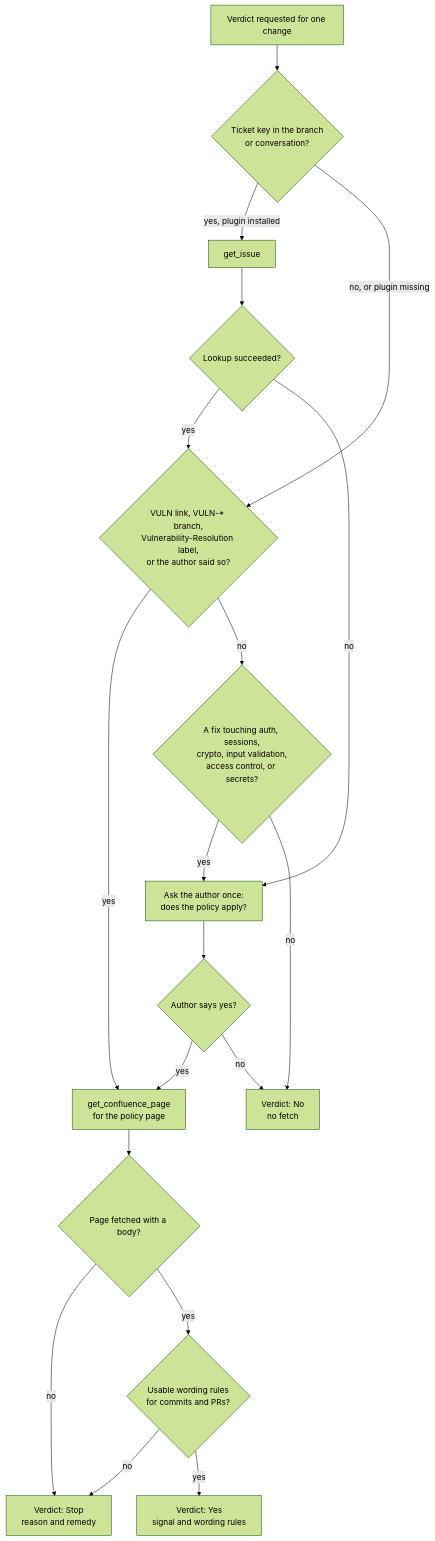
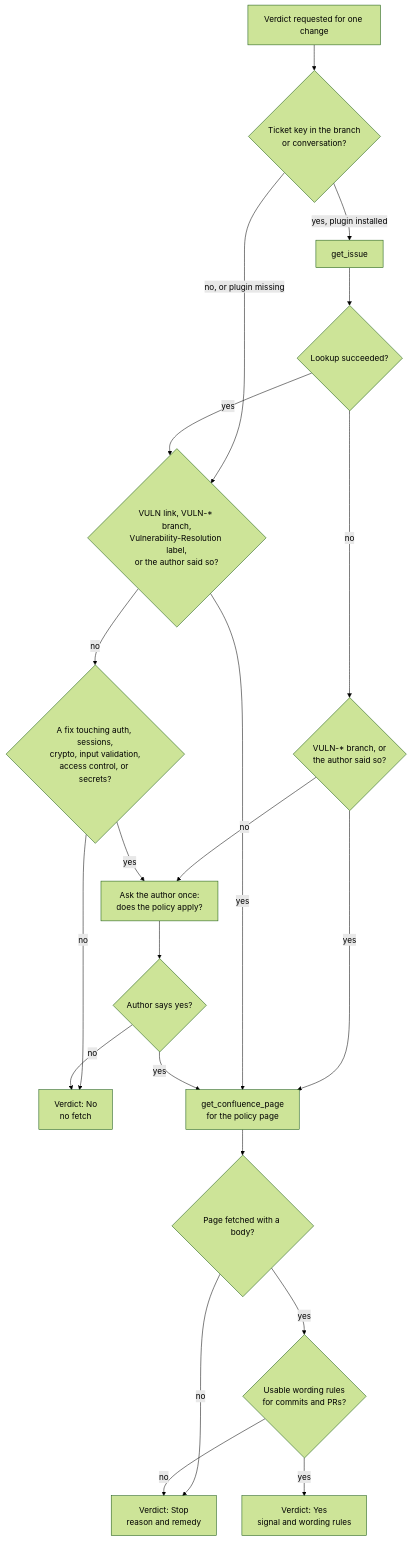
One commit to bitwarden/ai-plugins changed the first of 4 diagrams in plugins/bitwarden-delivery-tools/docs/commit-and-pr-flows.md. Above: the diagram before and after it, drawn with Mermaid (forest theme). The commit also changed other lines of this file and 9 other files, not shown here.

````diff
--- a/plugins/bitwarden-delivery-tools/docs/commit-and-pr-flows.md
+++ b/plugins/bitwarden-delivery-tools/docs/commit-and-pr-flows.md
@@ -11,36 +11,39 @@
 ```mermaid
 graph TD
     start[Verdict requested for one change]
     ticket{Ticket key in the branch<br/>or conversation?}
     lookup[get_issue]
     lookupOk{Lookup succeeded?}
     high{VULN link, VULN-* branch,<br/>Vulnerability-Resolution label,<br/>or the author said so?}
     heuristic{A fix touching auth, sessions,<br/>crypto, input validation,<br/>access control, or secrets?}
+    lookupFailed{VULN-* branch, or<br/>the author said so?}
     ask[Ask the author once:<br/>does the policy apply?]
     answer{Author says yes?}
     no[Verdict: No<br/>no fetch]
     fetch[get_confluence_page<br/>for the policy page]
     fetched{Page fetched with a body?}
     usable{Usable wording rules<br/>for commits and PRs?}
     yes[Verdict: Yes<br/>signal and wording rules]
     stop[Verdict: Stop<br/>reason and remedy]
 
     start --> ticket
     ticket -->|yes, plugin installed| lookup
     ticket -->|no, or plugin missing| high
     lookup --> lookupOk
     lookupOk -->|yes| high
-    lookupOk -->|no| ask
+    lookupOk -->|no| lookupFailed
+    lookupFailed -->|yes| fetch
+    lookupFailed -->|no| ask
     high -->|yes| fetch
     high -->|no| heuristic
     heuristic -->|yes| ask
     heuristic -->|no| no
     ask --> answer
     answer -->|yes| fetch
     answer -->|no| no
     fetch --> fetched
     fetched -->|no| stop
     fetched -->|yes| usable
     usable -->|no| stop
     usable -->|yes| yes
 ```
````
